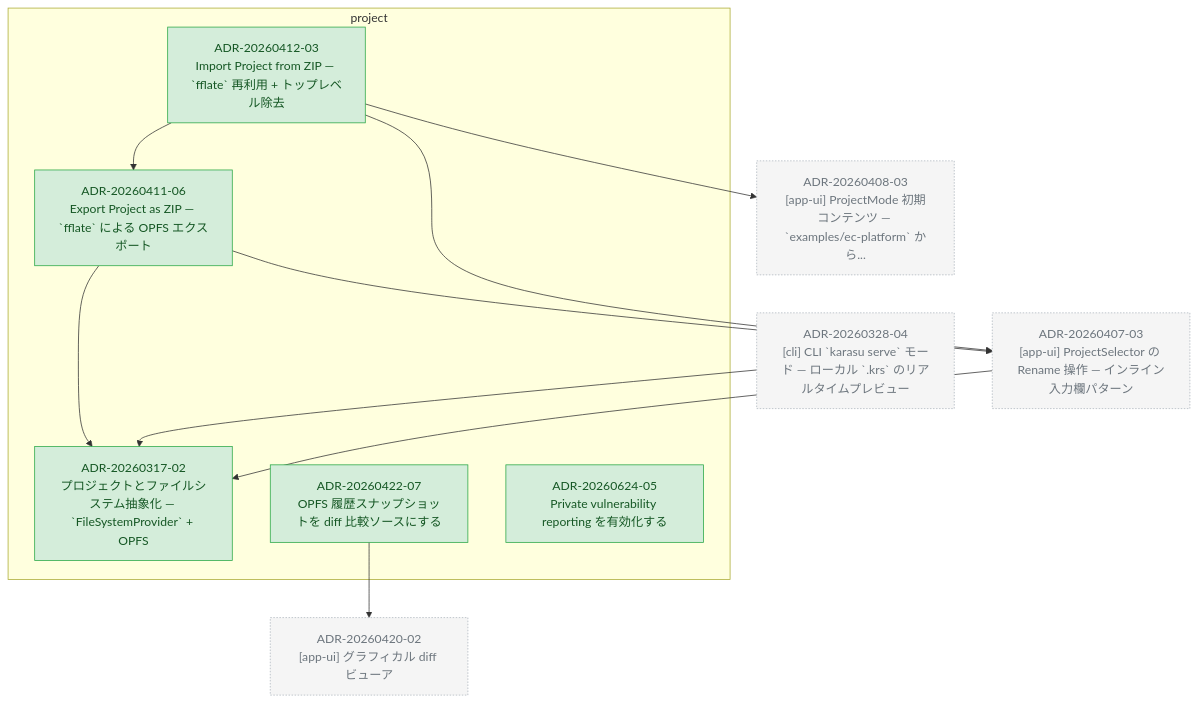
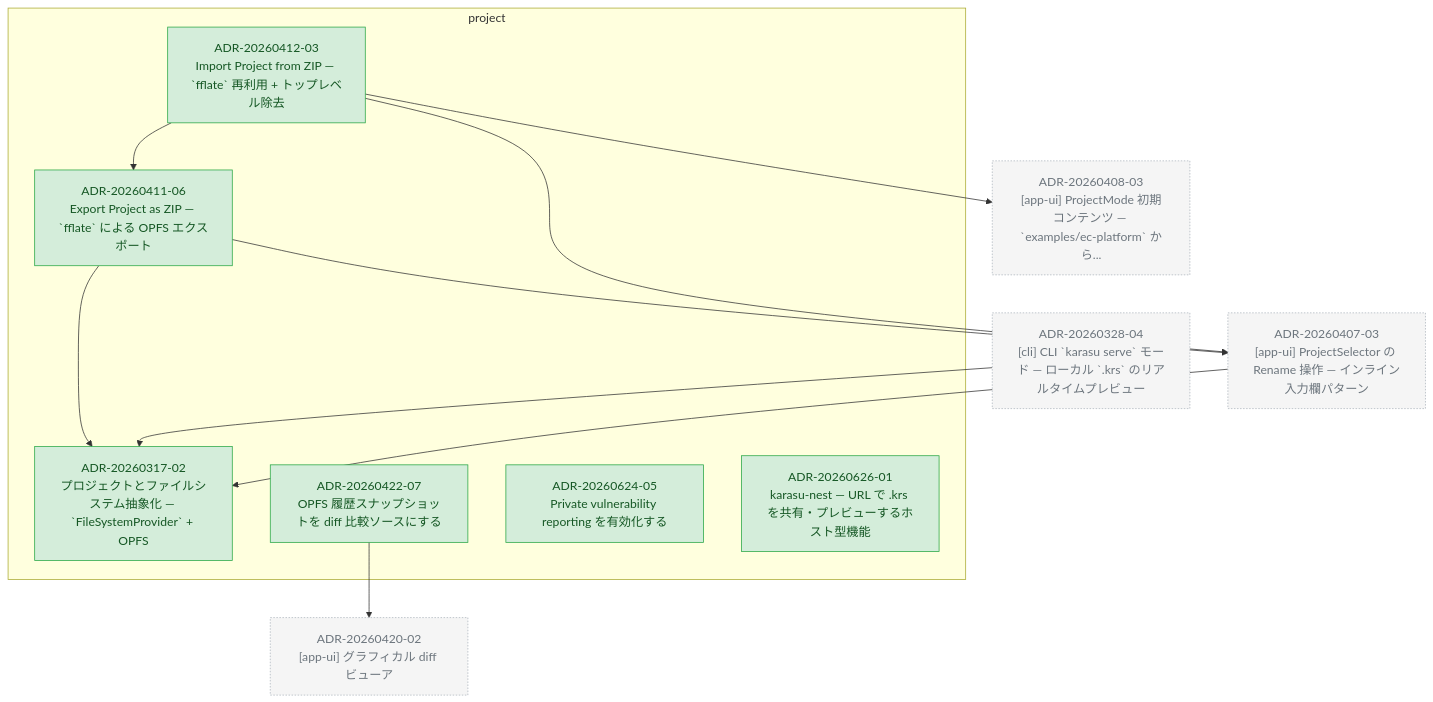
The diagram in docs/adr/graph/project.md (kompiro/karasu), drawn with Mermaid before and after one commit. The commit also changed other lines of this file and 8 other files, not shown here.

First line of the commit message:
docs(adr): promote karasu-nest hosted preview to ADR-20260626-01

````diff
--- a/docs/adr/graph/project.md
+++ b/docs/adr/graph/project.md
@@ -6,38 +6,40 @@
 ```mermaid
 flowchart TD
   subgraph project["project"]
     ADR_20260317_02["ADR-20260317-02<br/>プロジェクトとファイルシステム抽象化 — `FileSystemProvider` + OPFS"]
     ADR_20260411_06["ADR-20260411-06<br/>Export Project as ZIP — `fflate` による OPFS エクスポート"]
     ADR_20260412_03["ADR-20260412-03<br/>Import Project from ZIP — `fflate` 再利用 + トップレベル除去"]
     ADR_20260422_07["ADR-20260422-07<br/>OPFS 履歴スナップショットを diff 比較ソースにする"]
     ADR_20260624_05["ADR-20260624-05<br/>Private vulnerability reporting を有効化する"]
+    ADR_20260626_01["ADR-20260626-01<br/>karasu-nest — URL で .krs を共有・プレビューするホスト型機能"]
   end
   ADR_20260328_04["ADR-20260328-04<br/>[cli] CLI `karasu serve` モード — ローカル `.krs` のリアルタイムプレビュー"]
   ADR_20260407_03["ADR-20260407-03<br/>[app-ui] ProjectSelector の Rename 操作 — インライン入力欄パターン"]
   ADR_20260408_03["ADR-20260408-03<br/>[app-ui] ProjectMode 初期コンテンツ — `examples/ec-platform` から..."]
   ADR_20260420_02["ADR-20260420-02<br/>[app-ui] グラフィカル diff ビューア"]
   ADR_20260411_06 --> ADR_20260317_02
   ADR_20260411_06 --> ADR_20260407_03
   ADR_20260412_03 --> ADR_20260407_03
   ADR_20260412_03 --> ADR_20260408_03
   ADR_20260412_03 --> ADR_20260411_06
   ADR_20260422_07 --> ADR_20260420_02
   ADR_20260328_04 --> ADR_20260317_02
   ADR_20260407_03 --> ADR_20260317_02
 
   classDef accepted fill:#d4edda,stroke:#28a745,color:#155724
   classDef proposed fill:#fff3cd,stroke:#ffc107,color:#856404
   classDef deprecated fill:#f8d7da,stroke:#dc3545,color:#721c24
   classDef superseded fill:#e2e3e5,stroke:#6c757d,color:#383d41
   classDef not_adopted fill:#e2e3e5,stroke:#6c757d,color:#383d41,stroke-dasharray:3 3
   classDef ghost fill:#f5f5f5,stroke:#adb5bd,color:#6c757d,stroke-dasharray:2 2
   class ADR_20260317_02 accepted
   class ADR_20260411_06 accepted
   class ADR_20260412_03 accepted
   class ADR_20260422_07 accepted
   class ADR_20260624_05 accepted
+  class ADR_20260626_01 accepted
   class ADR_20260328_04 ghost
   class ADR_20260407_03 ghost
   class ADR_20260408_03 ghost
   class ADR_20260420_02 ghost
 ```
````
